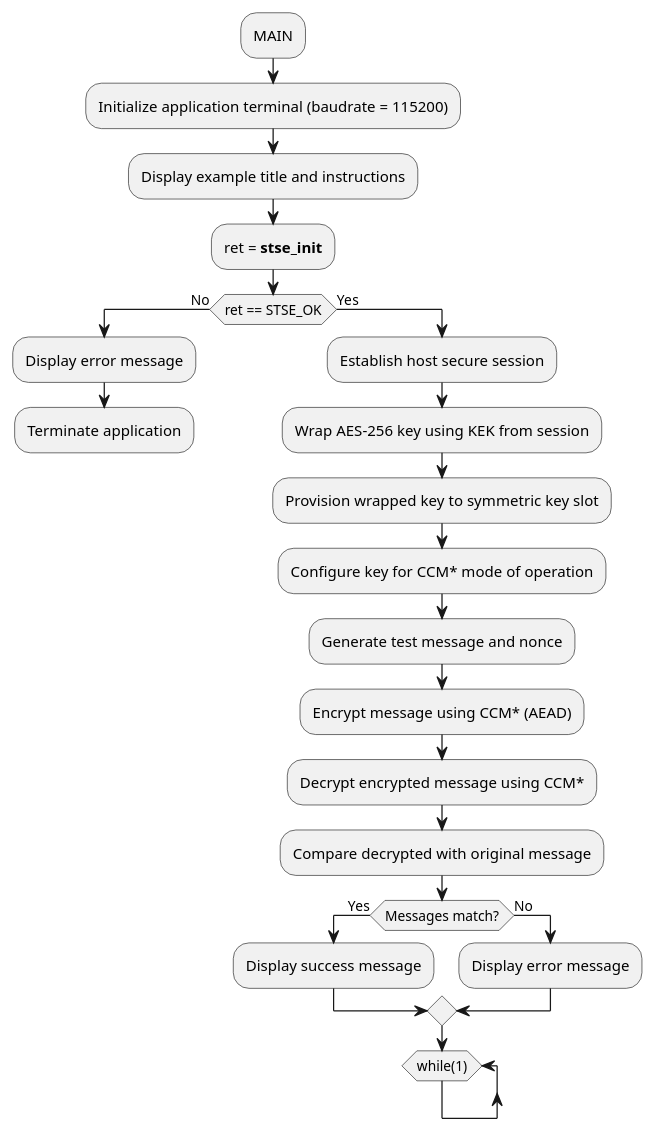
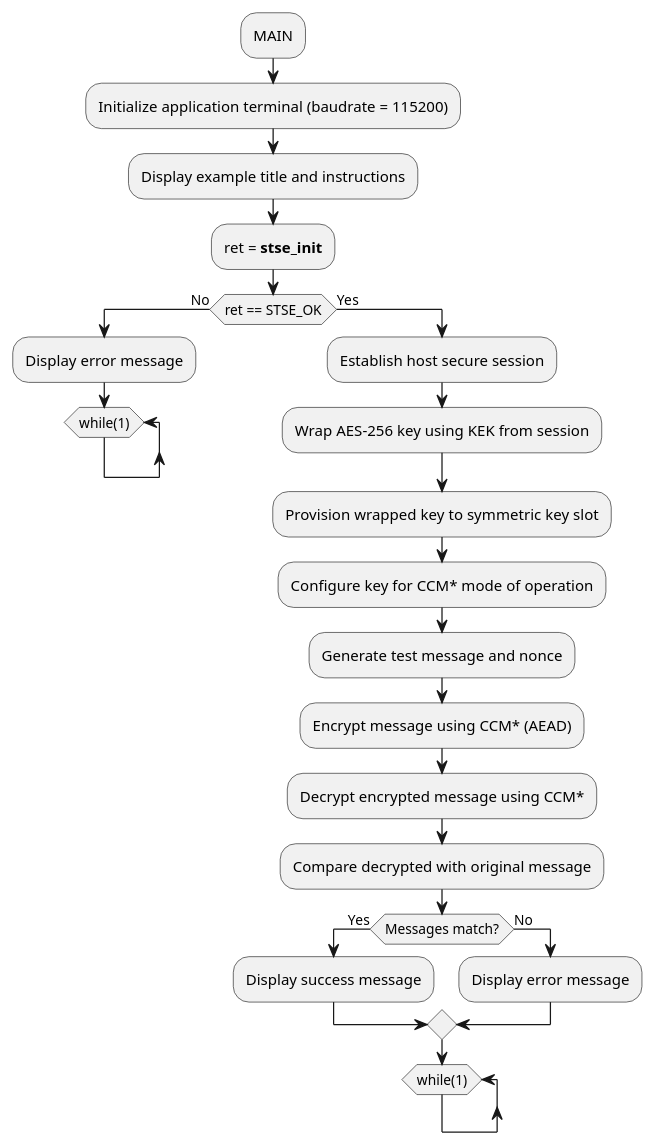
One commit to Grom-perso/STSAFE-A120_examples_dev changed the diagram in Documentation/resources/Markdown/03_Project_examples_description/Symmetric_key_provisioning_wrapped_AES-256_CCM/STSAFE-A120_Symmetric_key_provisioning_wrapped_AES-256_CCM.md. Above: the diagram before and after it, drawn with PlantUML. The commit also changed other lines of this file and 54 other files, not shown here.

```diff
--- a/Documentation/resources/Markdown/03_Project_examples_description/Symmetric_key_provisioning_wrapped_AES-256_CCM/STSAFE-A120_Symmetric_key_provisioning_wrapped_AES-256_CCM.md
+++ b/Documentation/resources/Markdown/03_Project_examples_description/Symmetric_key_provisioning_wrapped_AES-256_CCM/STSAFE-A120_Symmetric_key_provisioning_wrapped_AES-256_CCM.md
@@ -13,30 +11,31 @@
-@startuml{Symmetric_key_provisioning_wrapped_AES-256_CCM_flowchart.png} "Wrapped AES-256 Key Provisioning CCM flowchart" width=5cm
+@startuml "Wrapped AES-256 Key Provisioning CCM flowchart" width=5cm
 	:MAIN;
 	:Initialize application terminal (baudrate = 115200);
 	:Display example title and instructions;
 	:ret = <b>stse_init</b>;
 	if(ret == STSE_OK) then (No)
 	:Display error message;
-	:Terminate application;
+	while (while(1))
+	end while
 	-[hidden]->
 	detach
 	else (Yes)
 	:Establish host secure session;
 	:Wrap AES-256 key using KEK from session;
 	:Provision wrapped key to symmetric key slot;
 	:Configure key for CCM* mode of operation;
 	:Generate test message and nonce;
 	:Encrypt message using CCM* (AEAD);
 	:Decrypt encrypted message using CCM*;
 	:Compare decrypted with original message;
 	if(Messages match?) then (Yes)
 	:Display success message;
 	else (No)
 	:Display error message;
 	endif
 	while (while(1))
 	end while
 	-[hidden]->
 	detach
 	endif
 @enduml
```
